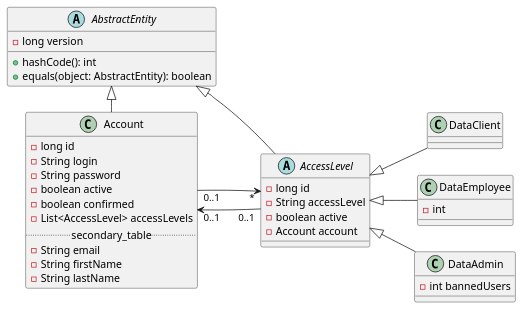
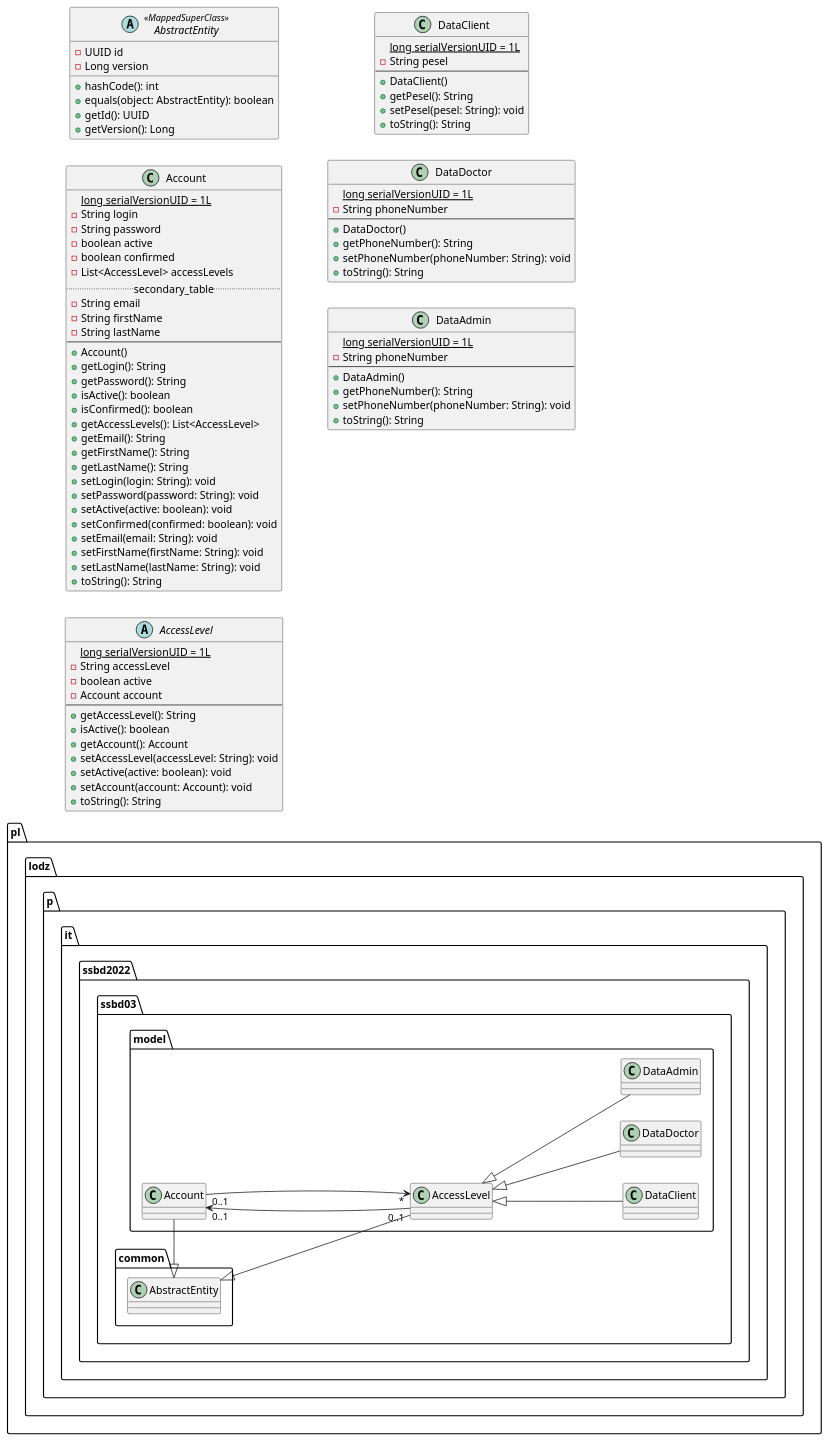
The diagram in src/rozdział 6/mok_class_model.puml (TheVivent-Politechnika-Lodzka/ssbd03_kic_uml), drawn with PlantUML before and after one commit.

Commit message:
uzupełenienie modelu

```diff
--- a/src/rozdział 6/mok_class_model.puml
+++ b/src/rozdział 6/mok_class_model.puml
@@ -1,53 +1,109 @@
 @startuml model
 left to right direction
 
-AbstractEntity <|- Account 
-AbstractEntity <|- AccessLevel
-AccessLevel "*" <-- "0..1" Account
-Account "0..1" <-- "0..1" AccessLevel
+' to będzie trzeba przenieść do ssbd03.mok.model
+package pl.lodz.p.it.ssbd2022.ssbd03.model {
+    AccessLevel "*" <-- "0..1" Account
+    Account "0..1" <-- "0..1" AccessLevel
 
-AccessLevel <|-- DataClient
-AccessLevel <|-- DataEmployee
-AccessLevel <|-- DataAdmin
+    AccessLevel <|-- DataClient
+    AccessLevel <|-- DataDoctor
+    AccessLevel <|-- DataAdmin
+}
 
 
-abstract class AbstractEntity {
-    -long version
+package pl.lodz.p.it.ssbd2022.ssbd03.common {
+    AbstractEntity <|- Account 
+    AbstractEntity <|- AccessLevel
+}
+
+
+abstract class AbstractEntity <<MappedSuperClass>> {
+    -UUID id
+    -Long version
 
     +hashCode(): int
     +equals(object: AbstractEntity): boolean
+    +getId(): UUID
+    +getVersion(): Long
 }
 
+
 class Account {
- -long id
- -String login
- -String password
- -boolean active
- -boolean confirmed
- -List<AccessLevel> accessLevels
- .. secondary_table ..
- -String email
- -String firstName
- -String lastName
+    {static} long serialVersionUID = 1L
+    -String login
+    -String password
+    -boolean active
+    -boolean confirmed
+    -List<AccessLevel> accessLevels
+    .. secondary_table ..
+    -String email
+    -String firstName
+    -String lastName
+    --
+    +Account()
+    ' +Account(login: String, password: String, active: boolean, confirmed: boolean, accessLevels: List<AccessLevel>, email: String, firstName: String, lastName: String)
+    +getLogin(): String
+    +getPassword(): String
+    +isActive(): boolean
+    +isConfirmed(): boolean
+    +getAccessLevels(): List<AccessLevel>
+    +getEmail(): String
+    +getFirstName(): String
+    +getLastName(): String
+    +setLogin(login: String): void
+    +setPassword(password: String): void
+    +setActive(active: boolean): void
+    +setConfirmed(confirmed: boolean): void
+    +setEmail(email: String): void
+    +setFirstName(firstName: String): void
+    +setLastName(lastName: String): void
+    +toString(): String
 }
 
 abstract class AccessLevel {
- -long id
- -String accessLevel
- -boolean active
- -Account account
+    {static} long serialVersionUID = 1L
+    -String accessLevel
+    -boolean active
+    -Account account
+    --
+    +getAccessLevel(): String
+    +isActive(): boolean
+    +getAccount(): Account
+    +setAccessLevel(accessLevel: String): void
+    +setActive(active: boolean): void
+    +setAccount(account: Account): void
+    +toString(): String
 }
 
 class DataClient {
-    
+    {static} long serialVersionUID = 1L
+    -String pesel
+    --
+    +DataClient()
+    +getPesel(): String
+    +setPesel(pesel: String): void
+    +toString(): String
 }
 
-class DataEmployee {
-    -int 
+class DataDoctor {
+    {static} long serialVersionUID = 1L
+    -String phoneNumber
+    --
+    +DataDoctor()
+    +getPhoneNumber(): String
+    +setPhoneNumber(phoneNumber: String): void
+    +toString(): String
 }
 
 class DataAdmin {
-    -int bannedUsers
+    {static} long serialVersionUID = 1L
+    -String phoneNumber
+    --
+    +DataAdmin()
+    +getPhoneNumber(): String
+    +setPhoneNumber(phoneNumber: String): void
+    +toString(): String
 }
 
 @enduml
```
